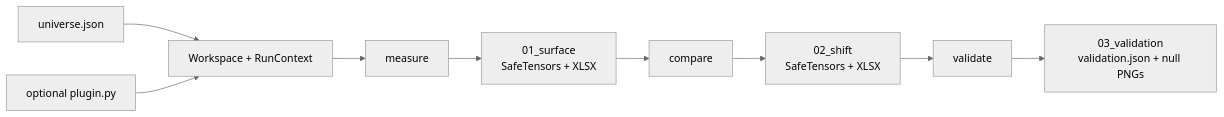
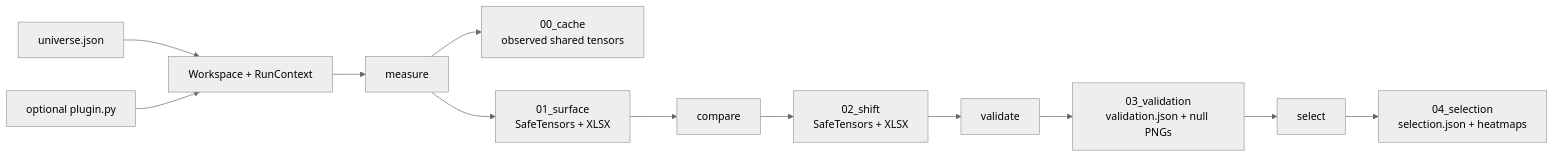
Before and after one commit to doubletrends/alpha-verifier: the diagram in src/README.md, drawn with Mermaid (neutral theme). The commit also changed other lines of this file and 27 other files, not shown here.

````diff
--- a/src/README.md
+++ b/src/README.md
@@ -64,11 +65,14 @@
 ```mermaid
 flowchart LR
     U[universe.json] --> C[Workspace + RunContext]
     P[optional plugin.py] --> C
     C --> M[measure]
+    M --> C0[00_cache<br/>observed shared tensors]
     M --> A1[01_surface<br/>SafeTensors + XLSX]
     A1 --> X[compare]
     X --> A2[02_shift<br/>SafeTensors + XLSX]
     A2 --> V[validate]
     V --> A3[03_validation<br/>validation.json + null PNGs]
+    A3 --> S[select]
+    S --> A4[04_selection<br/>selection.json + heatmaps]
 ```
````
